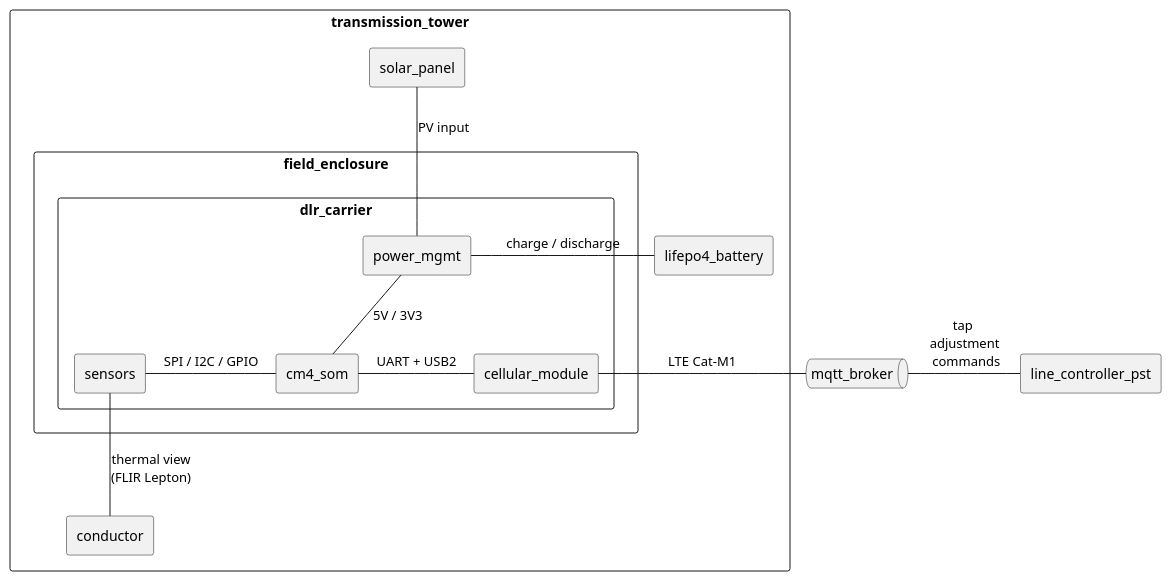
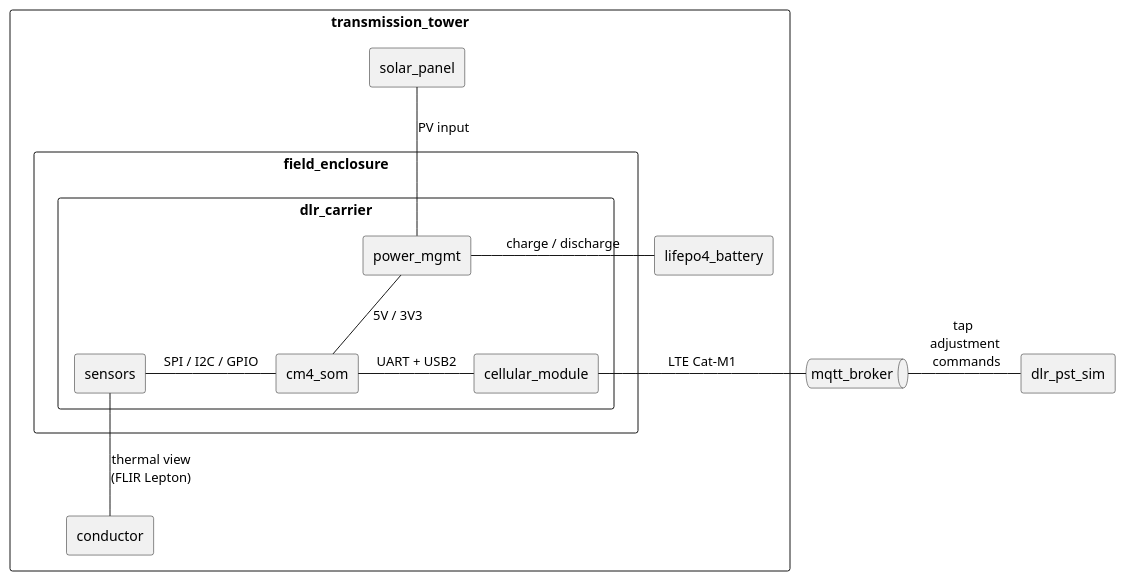
One commit to arcnode-io/ems-line-controller-dlr-pcb changed the first of 3 diagrams in readme.md. Above: the diagram before and after it, drawn with PlantUML. The commit also changed other lines of this file and 4 other files, not shown here.

First line of the commit message:
♻️ refactor: rename ems-line-controller-dlr-pcb → dlr-pcb

````diff
--- a/readme.md
+++ b/readme.md
@@ -17,27 +17,27 @@
 ```plantuml
 rectangle transmission_tower {
   rectangle field_enclosure {
     rectangle dlr_carrier {
       rectangle cm4_som
       rectangle cellular_module
       rectangle sensors
       rectangle power_mgmt
     }
   }
   rectangle solar_panel
   rectangle lifepo4_battery
   rectangle conductor
 }
 
 queue mqtt_broker
-rectangle line_controller_pst
+rectangle dlr_pst_sim
 
 solar_panel -d- power_mgmt: PV input
 power_mgmt -l- lifepo4_battery: charge / discharge
 power_mgmt -d- cm4_som: 5V / 3V3
 conductor -u- sensors: thermal view\n(FLIR Lepton)
 sensors -r- cm4_som: SPI / I2C / GPIO
 cm4_som -r- cellular_module: UART + USB2
 cellular_module -r- mqtt_broker: LTE Cat-M1
-mqtt_broker -r- line_controller_pst: tap \n adjustment \n commands
+mqtt_broker -r- dlr_pst_sim: tap \n adjustment \n commands
 ```
````
